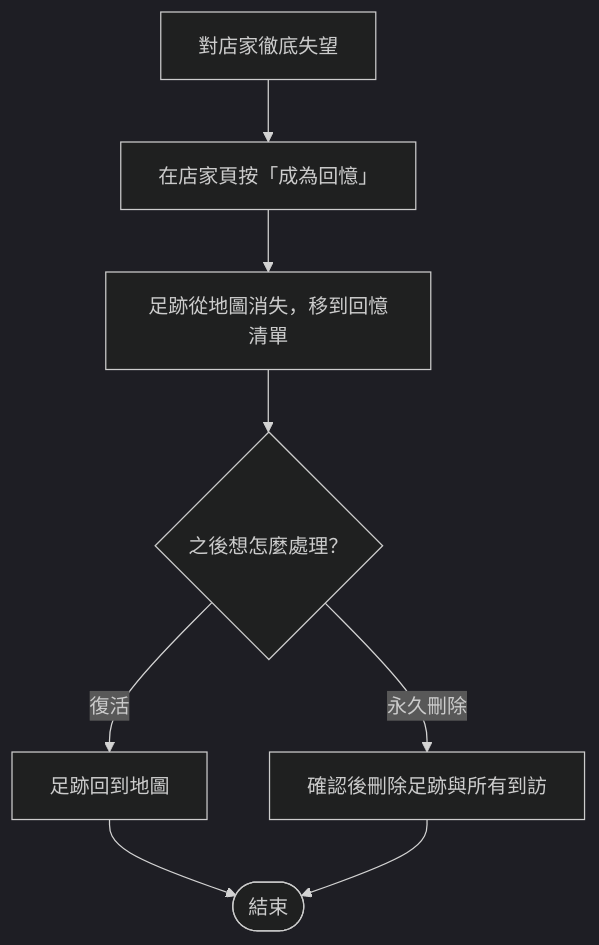
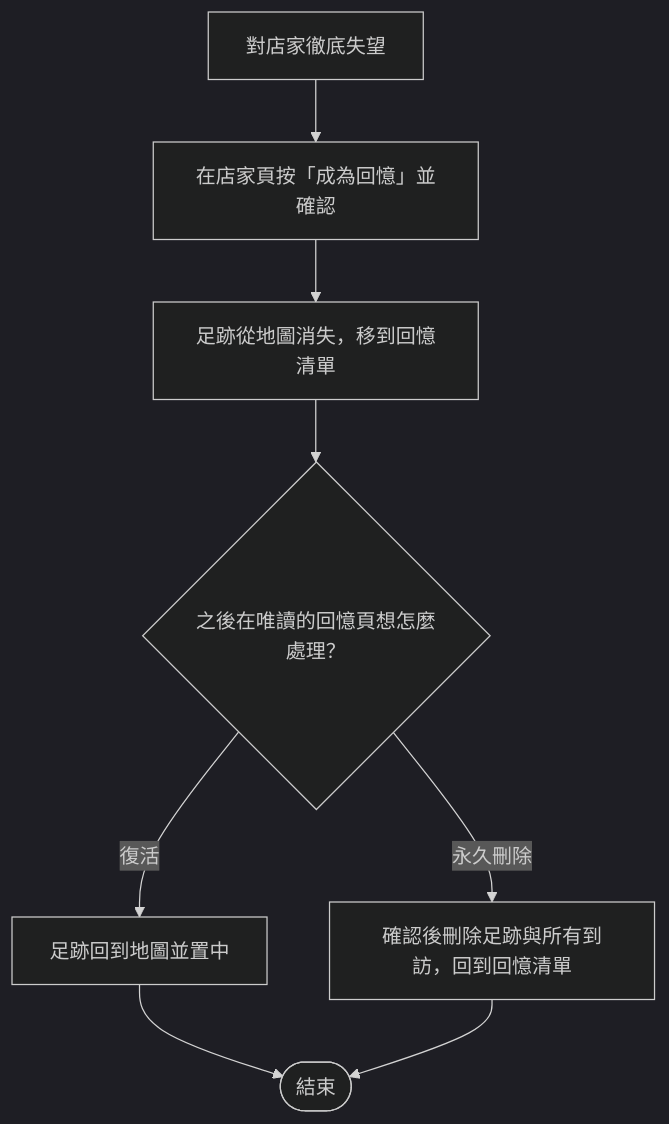
The fifth of 5 diagrams in DOC/user_stories/mvp-user-scenarios.md (TooruTW/anaba), drawn with Mermaid (dark theme) before and after one commit. The commit also changed other lines of this file and 7 other files, not shown here.

````diff
--- a/DOC/user_stories/mvp-user-scenarios.md
+++ b/DOC/user_stories/mvp-user-scenarios.md
@@ -69,10 +69,10 @@
 ```mermaid
 flowchart TD
-    A[對店家徹底失望] --> B[在店家頁按「成為回憶」]
+    A[對店家徹底失望] --> B[在店家頁按「成為回憶」並確認]
     B --> C[足跡從地圖消失，移到回憶清單]
-    C --> D{之後想怎麼處理？}
-    D -- 復活 --> E[足跡回到地圖]
-    D -- 永久刪除 --> F[確認後刪除足跡與所有到訪]
+    C --> D{之後在唯讀的回憶頁想怎麼處理？}
+    D -- 復活 --> E[足跡回到地圖並置中]
+    D -- 永久刪除 --> F[確認後刪除足跡與所有到訪，回到回憶清單]
     E --> G([結束])
     F --> G
 ```
````
